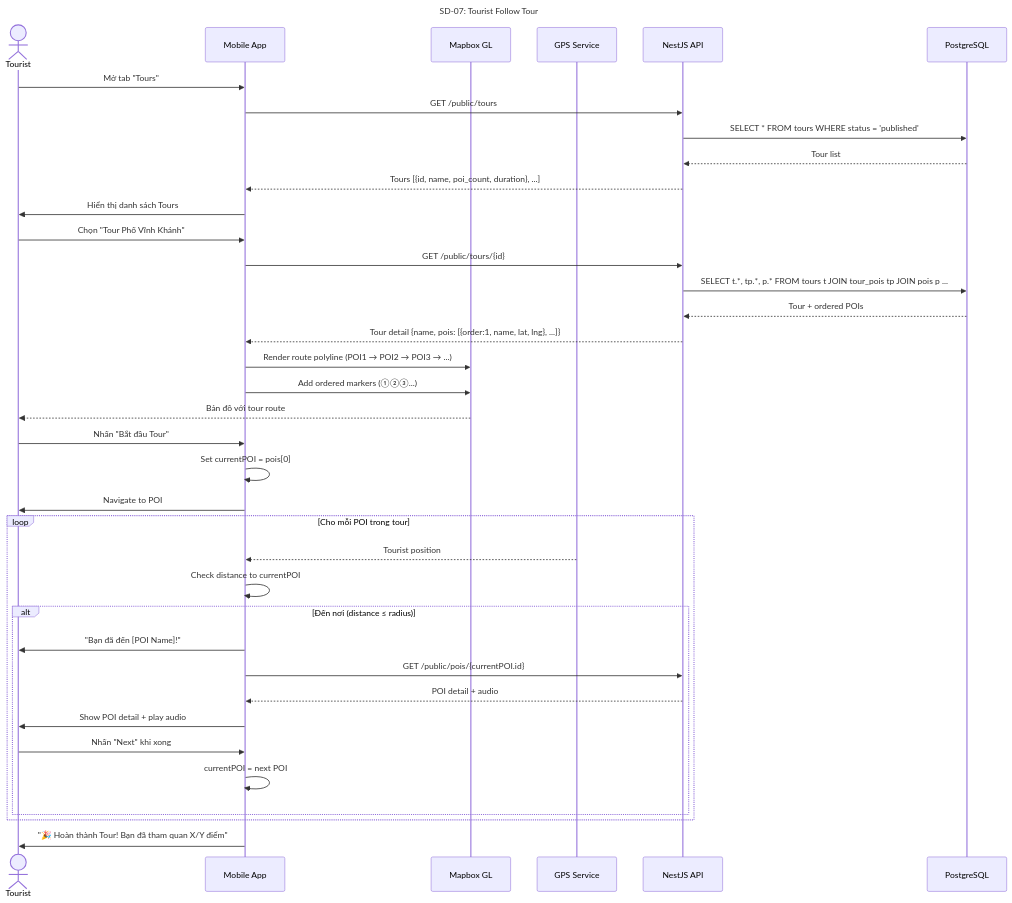
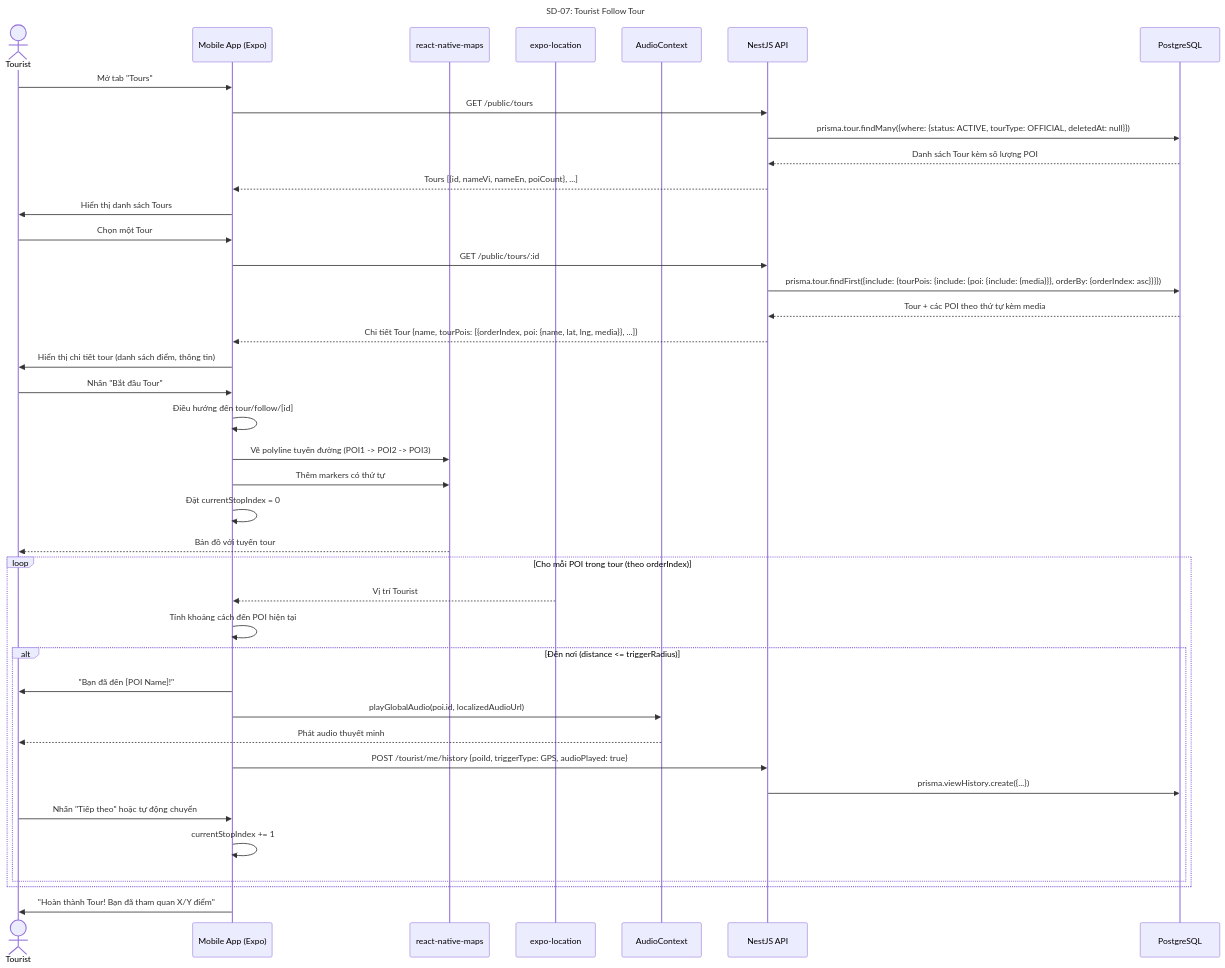
The seventh of 28 diagrams in docs/step3_prd/15_sequence_diagrams.md (Ttuandatt/Seminar), drawn with Mermaid before and after one commit. The commit also changed other lines of this file and 19 other files, not shown here.

````diff
--- a/docs/step3_prd/15_sequence_diagrams.md
+++ b/docs/step3_prd/15_sequence_diagrams.md
@@ -335,47 +370,50 @@
 ```mermaid
 sequenceDiagram
     title SD-07: Tourist Follow Tour
     actor Tourist
-    participant App as Mobile App
-    participant Map as Mapbox GL
-    participant GPS as GPS Service
+    participant App as Mobile App (Expo)
+    participant Map as react-native-maps
+    participant GPS as expo-location
+    participant Audio as AudioContext
     participant API as NestJS API
     participant DB as PostgreSQL
 
     Tourist->>App: Mở tab "Tours"
     App->>API: GET /public/tours
-    API->>DB: SELECT * FROM tours WHERE status = 'published'
-    DB-->>API: Tour list
-    API-->>App: Tours [{id, name, poi_count, duration}, ...]
+    API->>DB: prisma.tour.findMany({where: {status: ACTIVE, tourType: OFFICIAL, deletedAt: null}})
+    DB-->>API: Danh sách Tour kèm số lượng POI
+    API-->>App: Tours [{id, nameVi, nameEn, poiCount}, ...]
     App->>Tourist: Hiển thị danh sách Tours
 
-    Tourist->>App: Chọn "Tour Phố Vĩnh Khánh"
-    App->>API: GET /public/tours/{id}
-    API->>DB: SELECT t.*, tp.*, p.* FROM tours t JOIN tour_pois tp JOIN pois p ...
-    DB-->>API: Tour + ordered POIs
-    API-->>App: Tour detail {name, pois: [{order:1, name, lat, lng}, ...]}
+    Tourist->>App: Chọn một Tour
+    App->>API: GET /public/tours/:id
+    API->>DB: prisma.tour.findFirst({include: {tourPois: {include: {poi: {include: {media}}}, orderBy: {orderIndex: asc}}}})
+    DB-->>API: Tour + các POI theo thứ tự kèm media
+    API-->>App: Chi tiết Tour {name, tourPois: [{orderIndex, poi: {name, lat, lng, media}}, ...]}
 
-    App->>Map: Render route polyline (POI1 → POI2 → POI3 → ...)
-    App->>Map: Add ordered markers (①②③...)
-    Map-->>Tourist: Bản đồ với tour route
+    App->>Tourist: Hiển thị chi tiết tour (danh sách điểm, thông tin)
+    Tourist->>App: Nhấn "Bắt đầu Tour"
+    App->>App: Điều hướng đến tour/follow/[id]
 
-    Tourist->>App: Nhấn "Bắt đầu Tour"
-    App->>App: Set currentPOI = pois[0]
-    App->>Tourist: Navigate to POI #1
+    App->>Map: Vẽ polyline tuyến đường (POI1 -> POI2 -> POI3)
+    App->>Map: Thêm markers có thứ tự
+    App->>App: Đặt currentStopIndex = 0
+    Map-->>Tourist: Bản đồ với tuyến tour
 
-    loop Cho mỗi POI trong tour
-        GPS-->>App: Tourist position
-        App->>App: Check distance to currentPOI
-        
-        alt Đến nơi (distance ≤ radius)
+    loop Cho mỗi POI trong tour (theo orderIndex)
+        GPS-->>App: Vị trí Tourist
+        App->>App: Tính khoảng cách đến POI hiện tại
+
+        alt Đến nơi (distance <= triggerRadius)
             App->>Tourist: "Bạn đã đến [POI Name]!"
-            App->>API: GET /public/pois/{currentPOI.id}
-            API-->>App: POI detail + audio
-            App->>Tourist: Show POI detail + play audio
-            Tourist->>App: Nhấn "Next" khi xong
-            App->>App: currentPOI = next POI
+            App->>Audio: playGlobalAudio(poi.id, localizedAudioUrl)
+            Audio-->>Tourist: Phát audio thuyết minh
+            App->>API: POST /tourist/me/history {poiId, triggerType: GPS, audioPlayed: true}
+            API->>DB: prisma.viewHistory.create({...})
+            Tourist->>App: Nhấn "Tiếp theo" hoặc tự động chuyển
+            App->>App: currentStopIndex += 1
         end
     end
 
-    App->>Tourist: "🎉 Hoàn thành Tour! Bạn đã tham quan X/Y điểm"
+    App->>Tourist: "Hoàn thành Tour! Bạn đã tham quan X/Y điểm"
 ```
````
